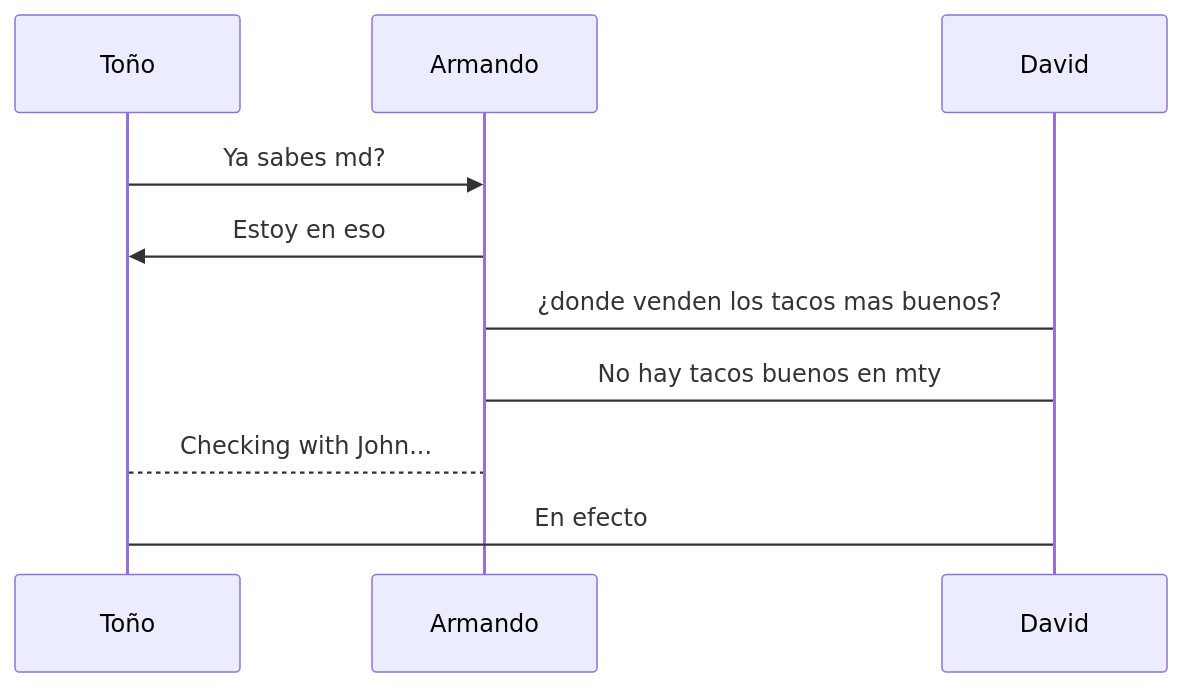
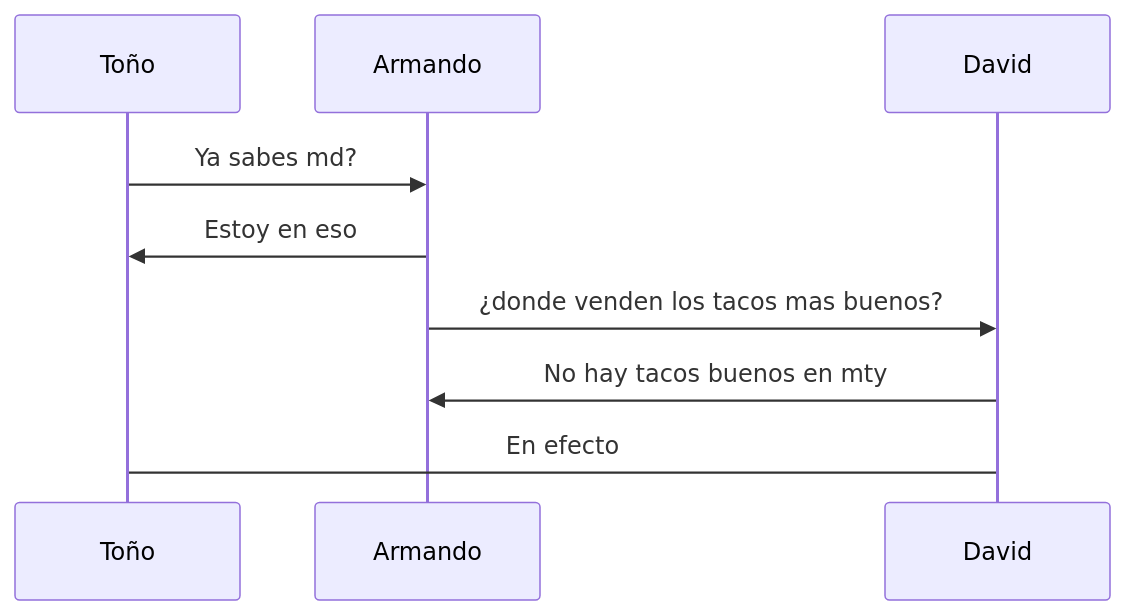
One commit to Armandoriv/bu changed the diagram in hola.md. Above: the diagram before and after it, drawn with Mermaid.

````diff
--- a/hola.md
+++ b/hola.md
@@ -7,10 +7,9 @@
 ```mermaid
 sequenceDiagram
 Toño ->> Armando: Ya sabes md?
 Armando->>Toño: Estoy en eso
-Armando-> David: ¿donde venden los tacos mas buenos?
-David-> Armando: No hay tacos buenos en mty
+Armando->> David: ¿donde venden los tacos mas buenos?
+David->> Armando: No hay tacos buenos en mty
 
-Toño-->Armando: Checking with John...
 David->Toño: En efecto
 ```
````
